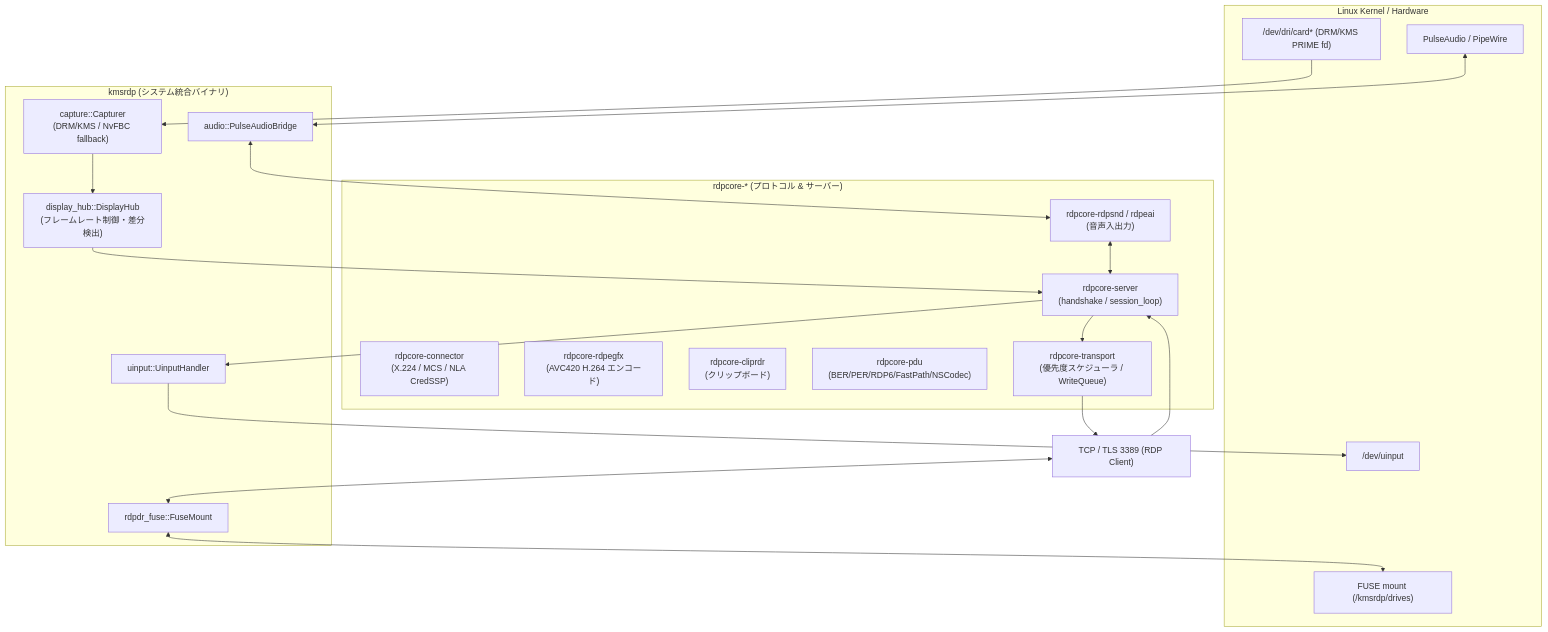
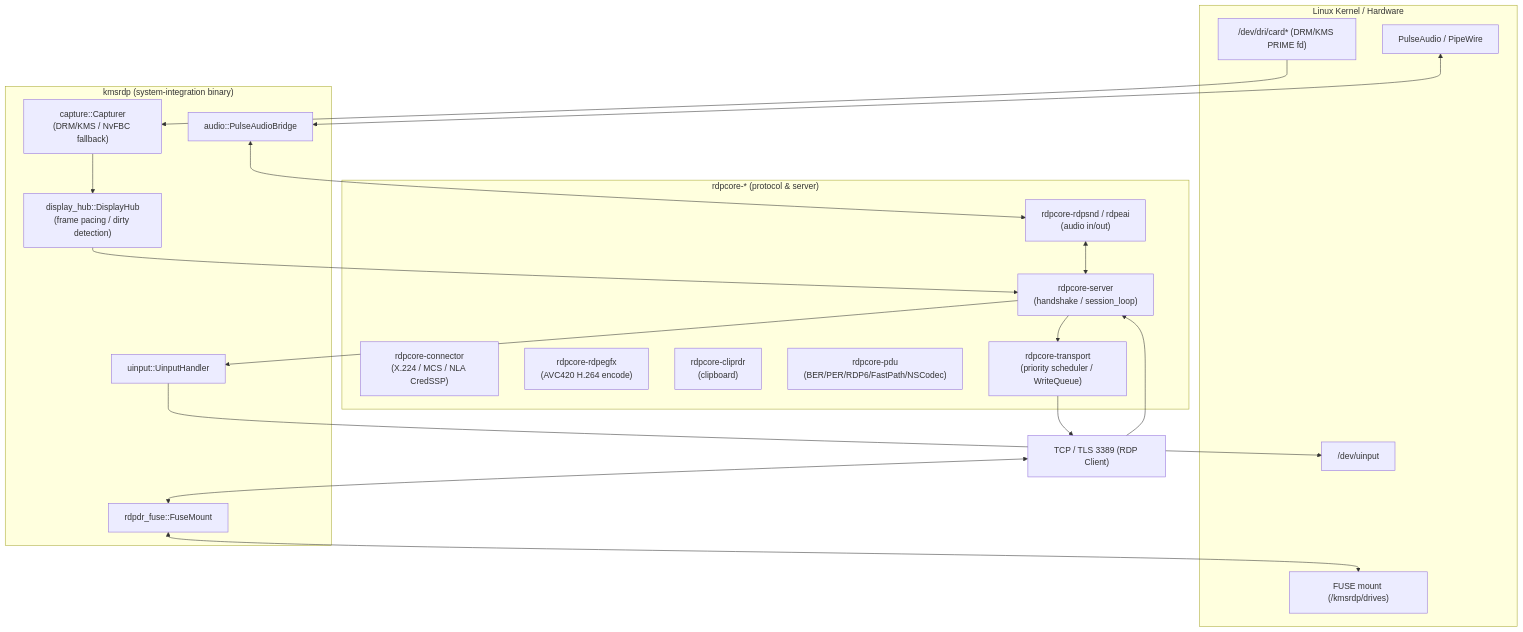
One commit to yamamo-to/kmsrdp changed the first of 2 diagrams in ARCHITECTURE.md. Above: the diagram before and after it, drawn with Mermaid. The commit also changed other lines of this file and 5 other files, not shown here.

````diff
--- a/ARCHITECTURE.md
+++ b/ARCHITECTURE.md
@@ -11,38 +11,38 @@
 ```mermaid
 flowchart TB
     subgraph Linux System ["Linux Kernel / Hardware"]
         DRM["/dev/dri/card* (DRM/KMS PRIME fd)"]
         UINPUT["/dev/uinput"]
         PULSE["PulseAudio / PipeWire"]
         FUSE["FUSE mount (/kmsrdp/drives)"]
     end
 
-    subgraph kmsrdp_crate ["kmsrdp (システム統合バイナリ)"]
+    subgraph kmsrdp_crate ["kmsrdp (system-integration binary)"]
         CAP["capture::Capturer\n(DRM/KMS / NvFBC fallback)"]
-        HUB["display_hub::DisplayHub\n(フレームレート制御・差分検出)"]
+        HUB["display_hub::DisplayHub\n(frame pacing / dirty detection)"]
         INP["uinput::UinputHandler"]
         AUD["audio::PulseAudioBridge"]
         DRV["rdpdr_fuse::FuseMount"]
     end
 
-    subgraph rdpcore_crates ["rdpcore-* (プロトコル & サーバー)"]
+    subgraph rdpcore_crates ["rdpcore-* (protocol & server)"]
         CONN["rdpcore-connector\n(X.224 / MCS / NLA CredSSP)"]
         SRV["rdpcore-server\n(handshake / session_loop)"]
-        GFX["rdpcore-rdpegfx\n(AVC420 H.264 エンコード)"]
-        SND["rdpcore-rdpsnd / rdpeai\n(音声入出力)"]
-        CLIP["rdpcore-cliprdr\n(クリップボード)"]
+        GFX["rdpcore-rdpegfx\n(AVC420 H.264 encode)"]
+        SND["rdpcore-rdpsnd / rdpeai\n(audio in/out)"]
+        CLIP["rdpcore-cliprdr\n(clipboard)"]
         PDU["rdpcore-pdu\n(BER/PER/RDP6/FastPath/NSCodec)"]
-        TRANS["rdpcore-transport\n(優先度スケジューラ / WriteQueue)"]
+        TRANS["rdpcore-transport\n(priority scheduler / WriteQueue)"]
     end
 
     DRM --> CAP
     CAP --> HUB
     HUB --> SRV
     SRV --> TRANS
     TRANS --> NET["TCP / TLS 3389 (RDP Client)"]
 
     NET --> SRV
     SRV --> INP --> UINPUT
     PULSE <--> AUD <--> SND <--> SRV
     NET <--> DRV <--> FUSE
 ```
````
